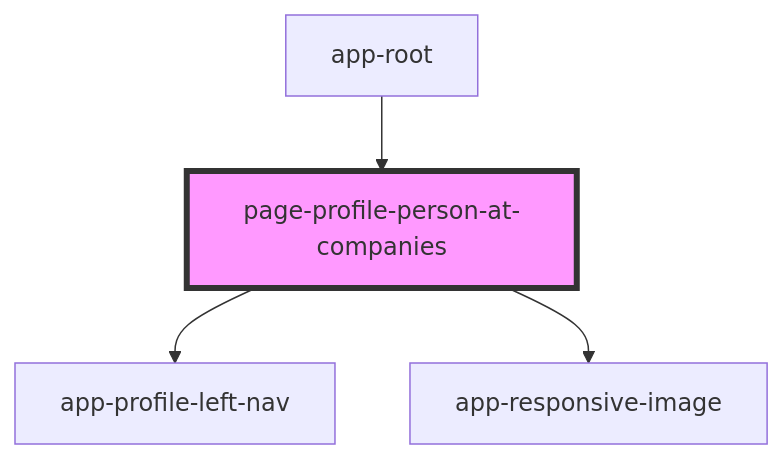
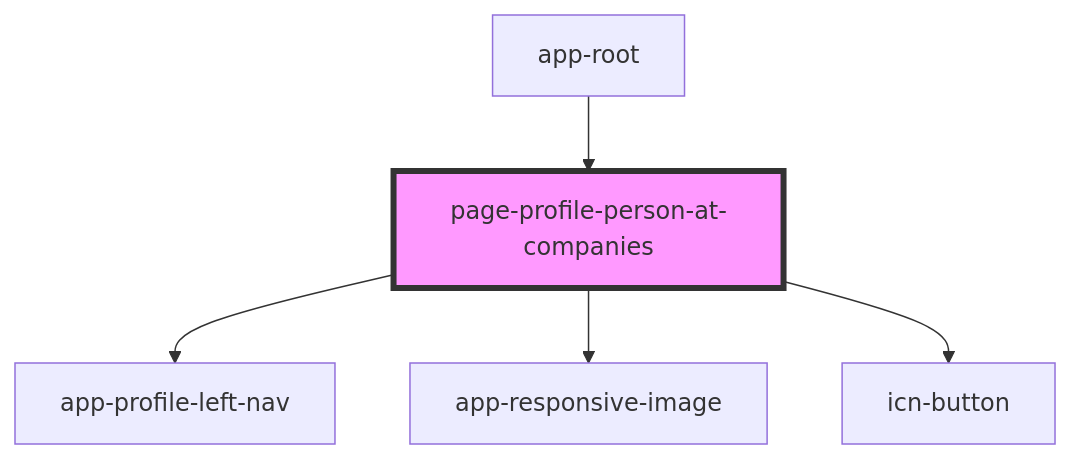
The diagram in iconeventnetwork-web/src/components/pages/page-profile-person-at-companies/readme.md (lokheed/IconEventNetwork.Web), drawn with Mermaid before and after one commit. The commit also changed other lines of this file and 61 other files, not shown here.

First line of the commit message:
Created icn-button component

````diff
--- a/iconeventnetwork-web/src/components/pages/page-profile-person-at-companies/readme.md
+++ b/iconeventnetwork-web/src/components/pages/page-profile-person-at-companies/readme.md
@@ -20,7 +21,8 @@
 ```mermaid
 graph TD;
   page-profile-person-at-companies --> app-profile-left-nav
   page-profile-person-at-companies --> app-responsive-image
+  page-profile-person-at-companies --> icn-button
   app-root --> page-profile-person-at-companies
   style page-profile-person-at-companies fill:#f9f,stroke:#333,stroke-width:4px
 ```
````
